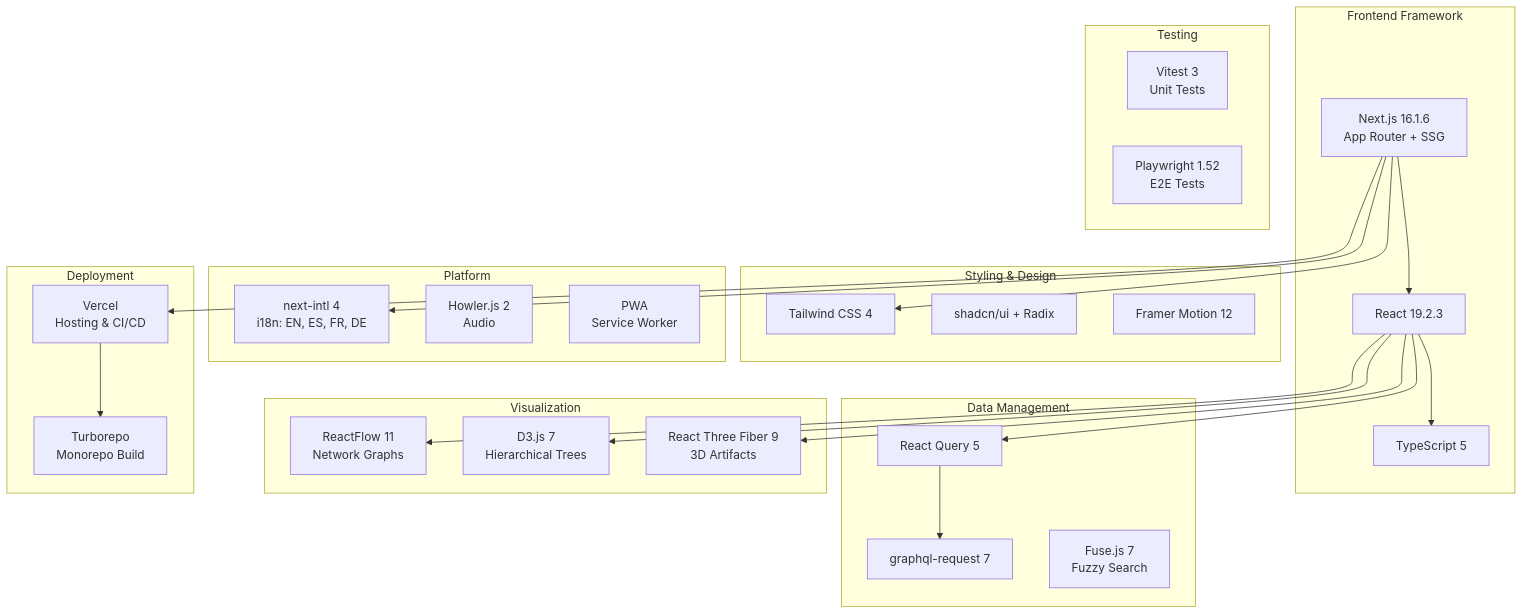
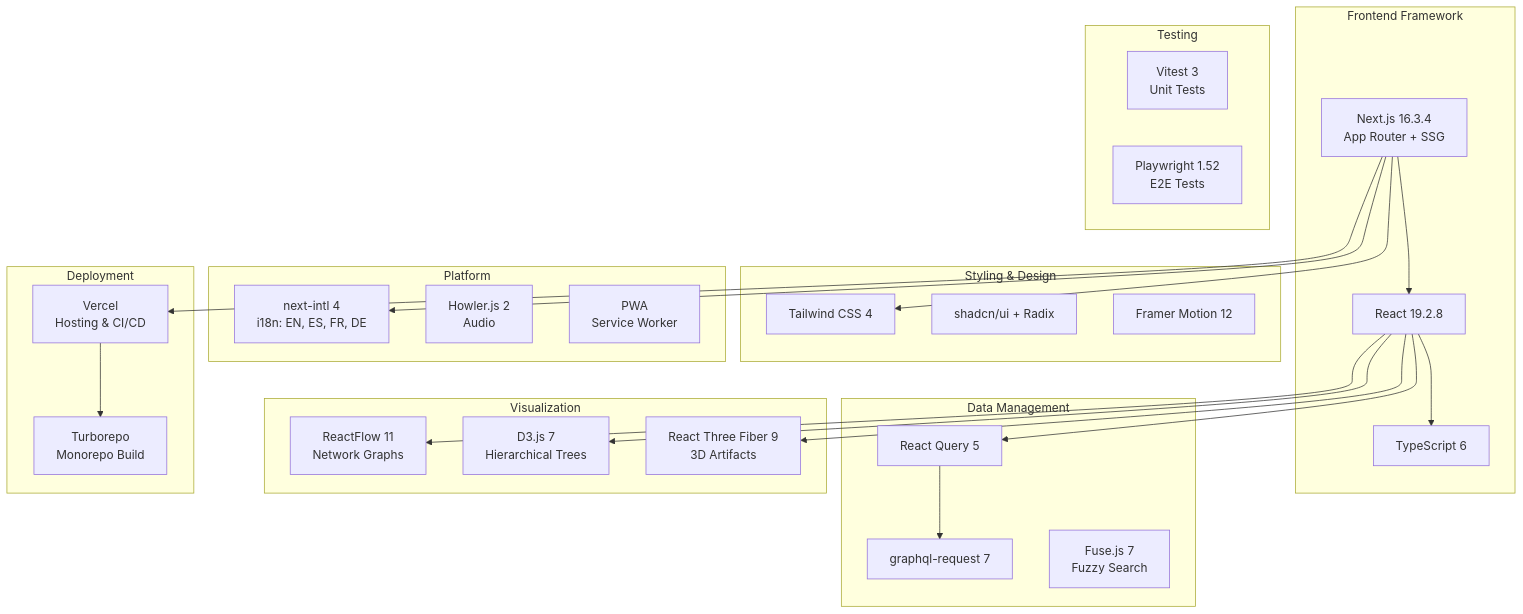
The fourth of 5 diagrams in ARCHITECTURE.md (forbiddenlink/mythos), drawn with Mermaid before and after one commit. The commit also changed other lines of this file and 20 other files, not shown here.

````diff
--- a/ARCHITECTURE.md
+++ b/ARCHITECTURE.md
@@ -170,51 +170,51 @@
 ```mermaid
 graph TB
     subgraph "Frontend Framework"
-        A[Next.js 16.1.6<br/>App Router + SSG]
-        B[React 19.2.3]
-        C[TypeScript 5]
+        A[Next.js 16.3.4<br/>App Router + SSG]
+        B[React 19.2.8]
+        C[TypeScript 6]
     end
 
     subgraph "Styling & Design"
         D[Tailwind CSS 4]
         E[shadcn/ui + Radix]
         F[Framer Motion 12]
     end
 
     subgraph "Data Management"
         G[React Query 5]
         H[graphql-request 7]
         I[Fuse.js 7<br/>Fuzzy Search]
     end
 
     subgraph "Visualization"
         J[ReactFlow 11<br/>Network Graphs]
         K[D3.js 7<br/>Hierarchical Trees]
         L[React Three Fiber 9<br/>3D Artifacts]
     end
 
     subgraph "Platform"
         M[next-intl 4<br/>i18n: EN, ES, FR, DE]
         N[Howler.js 2<br/>Audio]
         O[PWA<br/>Service Worker]
     end
 
     subgraph "Testing"
         P[Vitest 3<br/>Unit Tests]
         Q[Playwright 1.52<br/>E2E Tests]
     end
 
     subgraph "Deployment"
         R[Vercel<br/>Hosting & CI/CD]
         S[Turborepo<br/>Monorepo Build]
     end
 
     A --> B --> C
     A --> D
     B --> G --> H
     B --> J
     B --> K
     B --> L
     A --> M
     A --> R --> S
 ```
````
